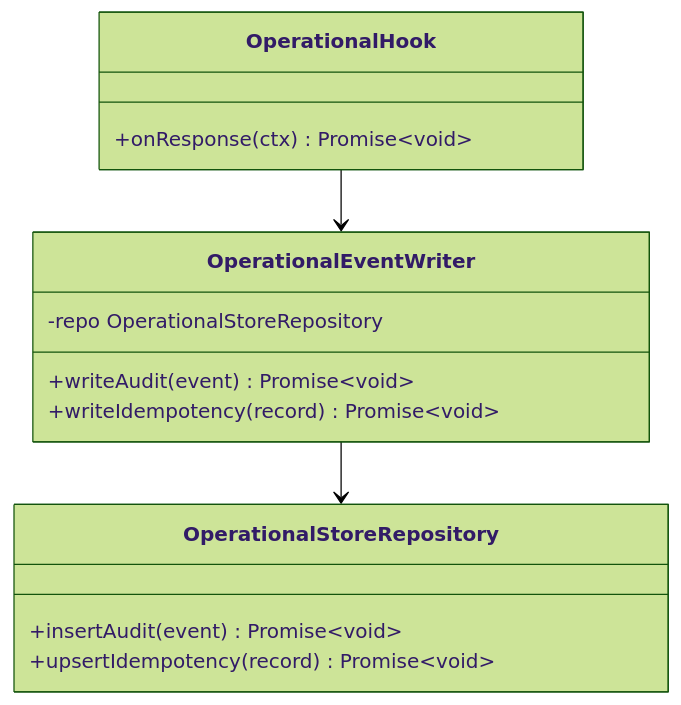
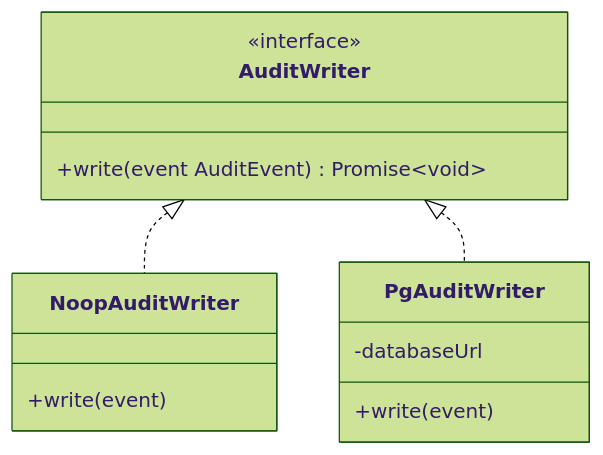
Before and after one commit to TommyKolb/GlossaDocs: the second of 2 diagrams in docs/architecture/modules/operational-store-module.md, drawn with Mermaid (forest theme). The commit also changed other lines of this file and 10 other files, not shown here.

````diff
--- a/docs/architecture/modules/operational-store-module.md
+++ b/docs/architecture/modules/operational-store-module.md
@@ -58,17 +114,16 @@
 ```mermaid
 classDiagram
-  class OperationalEventWriter {
-    +writeAudit(event) Promise~void~
-    +writeIdempotency(record) Promise~void~
-    -repo OperationalStoreRepository
+  class AuditWriter {
+    <<interface>>
+    +write(event AuditEvent) Promise~void~
   }
-  class OperationalStoreRepository {
-    +insertAudit(event) Promise~void~
-    +upsertIdempotency(record) Promise~void~
+  class NoopAuditWriter {
+    +write(event)
   }
-  class OperationalHook {
-    +onResponse(ctx) Promise~void~
+  class PgAuditWriter {
+    -databaseUrl
+    +write(event)
   }
-  OperationalHook --> OperationalEventWriter
-  OperationalEventWriter --> OperationalStoreRepository
+  AuditWriter <|.. NoopAuditWriter
+  AuditWriter <|.. PgAuditWriter
 ```
````
